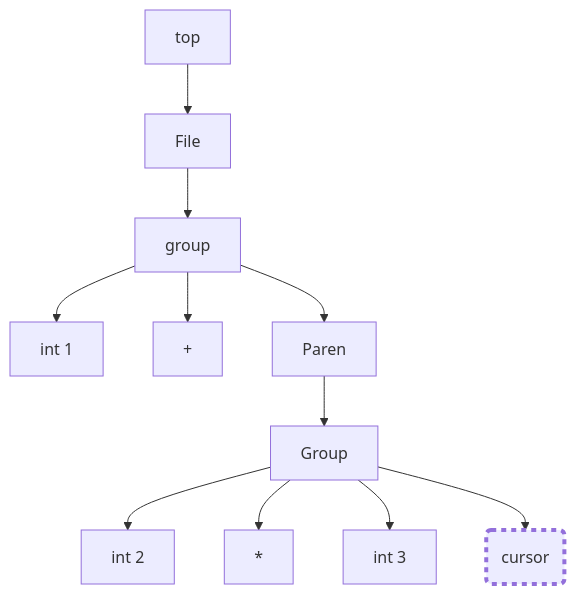
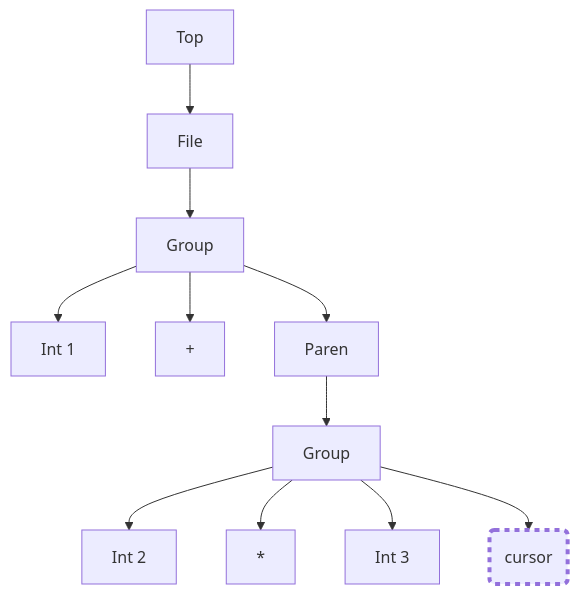
Diagram 13 of 27 in samples/infix/README.md (microsoft/Trieste), drawn with Mermaid before and after one commit. The commit also changed other lines of this file and 1 other file, not shown here.

````diff
--- a/samples/infix/README.md
+++ b/samples/infix/README.md
@@ -459,14 +520,14 @@
 ``` mermaid
 graph TD;
-  A[top]-->B[File]
-  B-->C[group]
-  C-->D[int 1]
+  A[Top]-->B[File]
+  B-->C[Group]
+  C-->D[Int 1]
   C-->E[+]
   C-->F[Paren]
   F-->G[Group]
-  G-->H[int 2]
+  G-->H[Int 2]
   G-->I[*]
-  G-->J[int 3]
+  G-->J[Int 3]
   G-->K(cursor):::cursor
   classDef cursor stroke-width:4px,stroke-dasharray:5 5;
 ```
````
